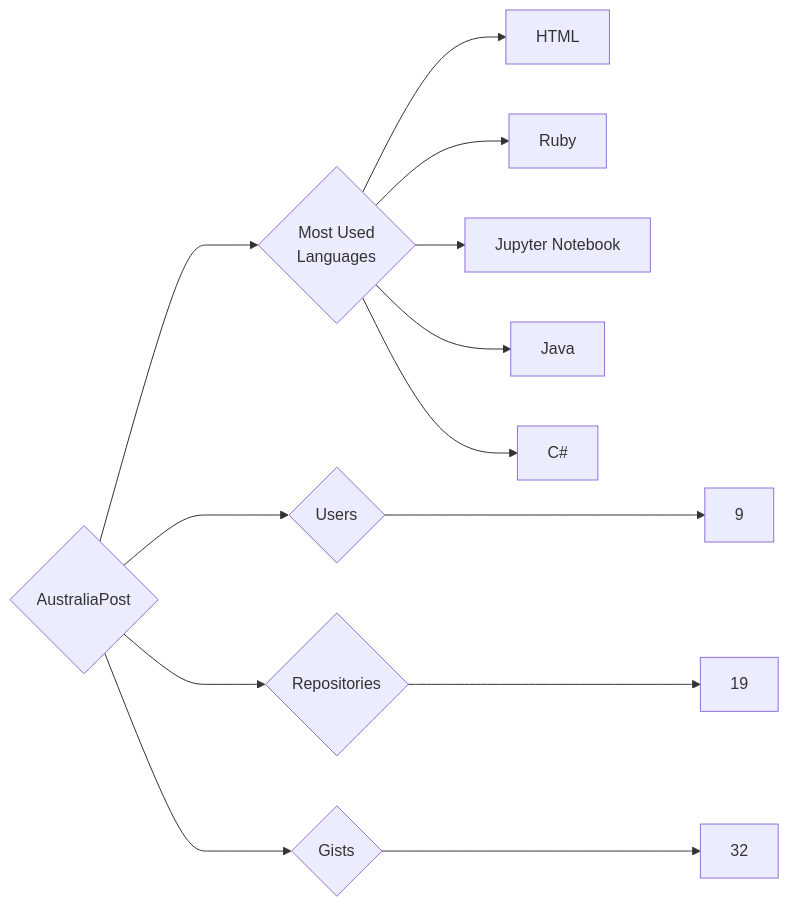
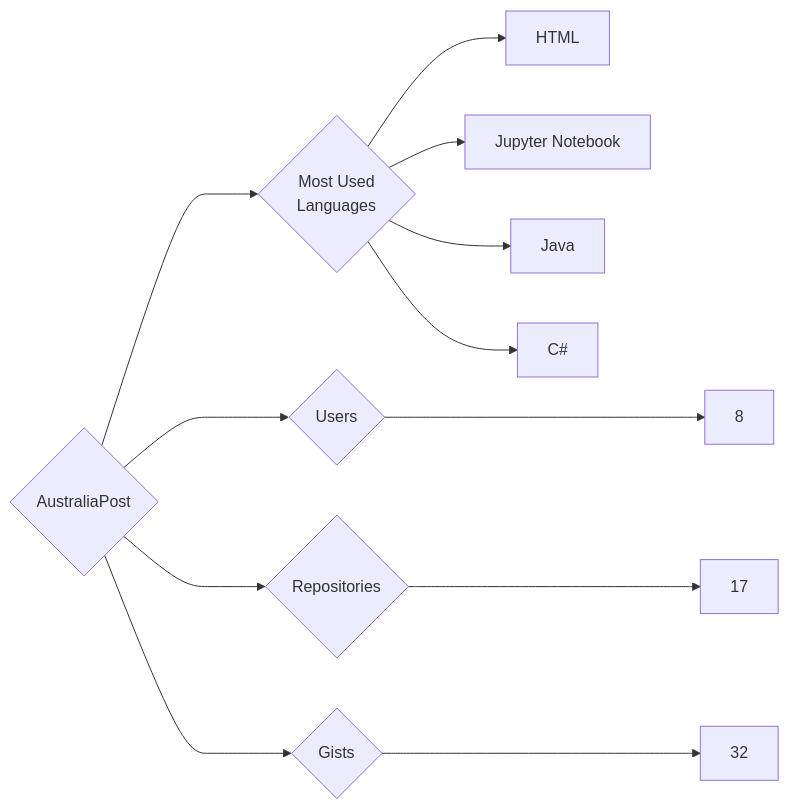
Before and after one commit to trickest/insiders: the diagram in targets/AustraliaPost/README.md, drawn with Mermaid. The commit also changed 1141 other files, not shown here.

````diff
--- a/targets/AustraliaPost/README.md
+++ b/targets/AustraliaPost/README.md
@@ -3,13 +3,12 @@
 ```mermaid
 graph LR
 COMPANY_NAME{AustraliaPost}
-COMPANY_NAME ---> U{Users} ---> UN[9]
-COMPANY_NAME ---> R{Repositories} ---> RN[19]
+COMPANY_NAME ---> U{Users} ---> UN[8]
+COMPANY_NAME ---> R{Repositories} ---> RN[17]
 COMPANY_NAME ---> G{Gists} ---> GN[32]
 COMPANY_NAME ---> ML{Most Used<br>Languages}
 ML --> HTML[HTML]
-ML --> Ruby[Ruby]
 ML --> Jupyter_Notebook[Jupyter Notebook]
 ML --> Java[Java]
 ML --> C#[C#]
 ```
````
